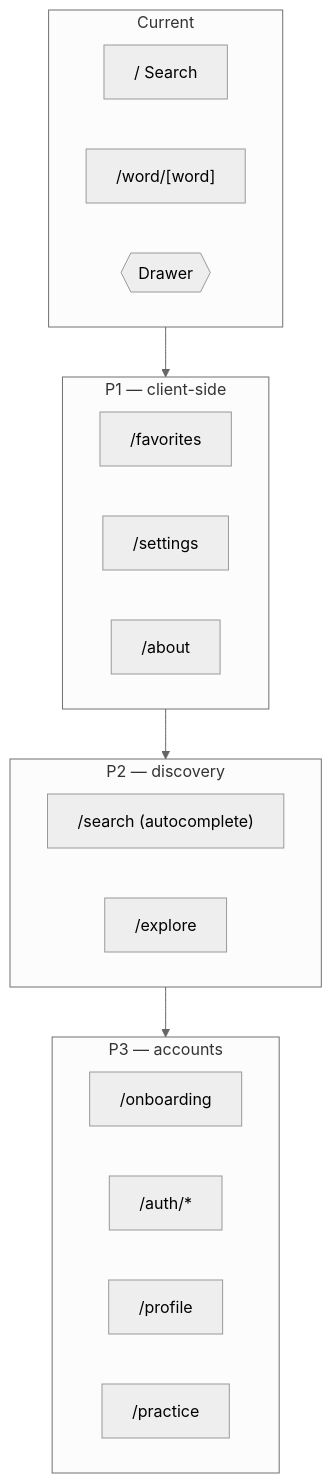
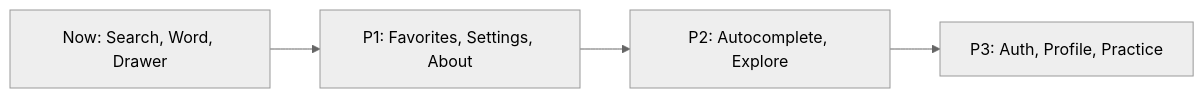
Before and after one commit to Irere123/expo-template: the diagram in docs/pages.md, drawn with Mermaid (neutral theme). The commit also changed other lines of this file and 5 other files, not shown here.

First line of the commit message:
docs: tighten prose and make diagrams Excalidraw-friendly

````diff
--- a/docs/pages.md
+++ b/docs/pages.md
@@ -53,25 +13,6 @@
 ```mermaid
-flowchart TB
-    subgraph Now["Current"]
-        I["/  Search"]
-        W["/word/[word]"]
-        D{{Drawer}}
-    end
-    subgraph P1["P1 — client-side"]
-        F["/favorites"]
-        S["/settings"]
-        A["/about"]
-    end
-    subgraph P2["P2 — discovery"]
-        SR["/search (autocomplete)"]
-        E["/explore"]
-    end
-    subgraph P3["P3 — accounts"]
-        O["/onboarding"]
-        AU["/auth/*"]
-        PR["/profile"]
-        Q["/practice"]
-    end
-
-    Now --> P1 --> P2 --> P3
+flowchart LR
+  Now["Now: Search, Word, Drawer"] --> P1["P1: Favorites, Settings, About"]
+  P1 --> P2["P2: Autocomplete, Explore"]
+  P2 --> P3["P3: Auth, Profile, Practice"]
 ```
````
